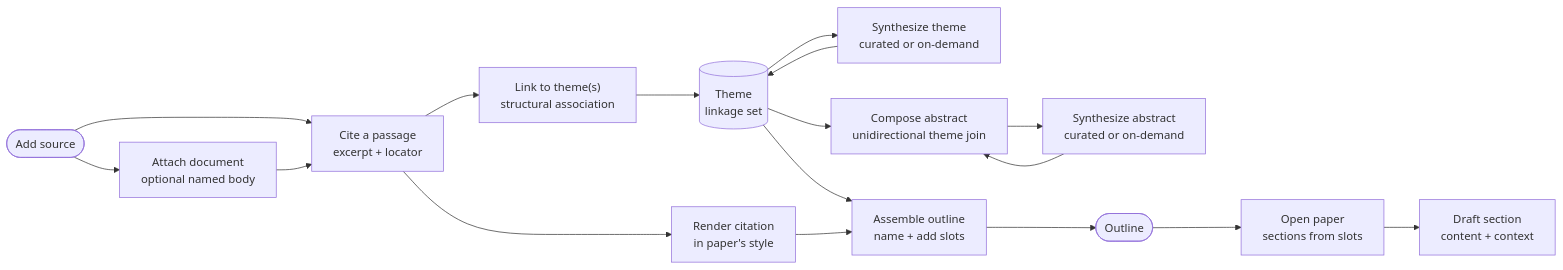
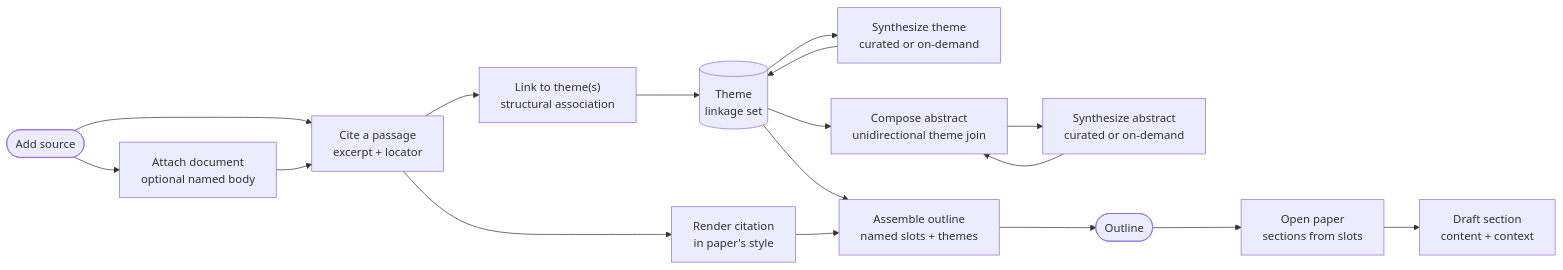
Before and after one commit to Ashatz/tiferet-lit-review: the diagram in docs/core-domain-distillation.md, drawn with Mermaid. The commit also changed other lines of this file and 5 other files, not shown here.

First line of the commit message:
docs(config): named outline slots and theme add/remove CLI (RFP-5)

````diff
--- a/docs/core-domain-distillation.md
+++ b/docs/core-domain-distillation.md
@@ -454,19 +463,19 @@
 ```mermaid
 flowchart LR
   SRC([Add source]) --> ATT["Attach document<br/>optional named body"]
   SRC --> CITE["Cite a passage<br/>excerpt + locator"]
   ATT --> CITE
   CITE --> LINK["Link to theme(s)<br/>structural association"]
   LINK --> THEME[("Theme<br/>linkage set")]
   THEME --> SYNTH["Synthesize theme<br/>curated or on-demand"]
   SYNTH --> THEME
   THEME --> ABS["Compose abstract<br/>unidirectional theme join"]
   ABS --> ABSYN["Synthesize abstract<br/>curated or on-demand"]
   ABSYN --> ABS
-  THEME --> ASM["Assemble outline<br/>name + add slots"]
+  THEME --> ASM["Assemble outline<br/>named slots + themes"]
   CITE --> REND["Render citation<br/>in paper's style"]
   REND --> ASM
   ASM --> OUT([Outline])
   OUT --> PAP["Open paper<br/>sections from slots"]
   PAP --> DRAFT["Draft section<br/>content + context"]
 ```
````
